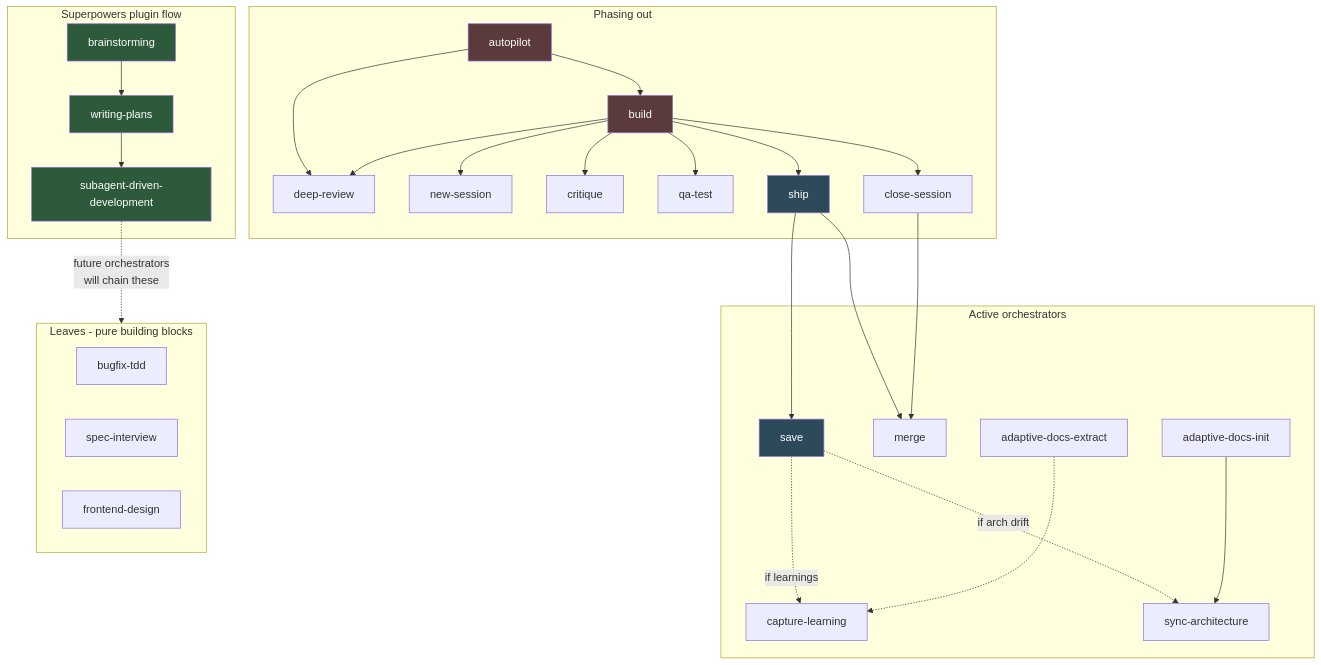
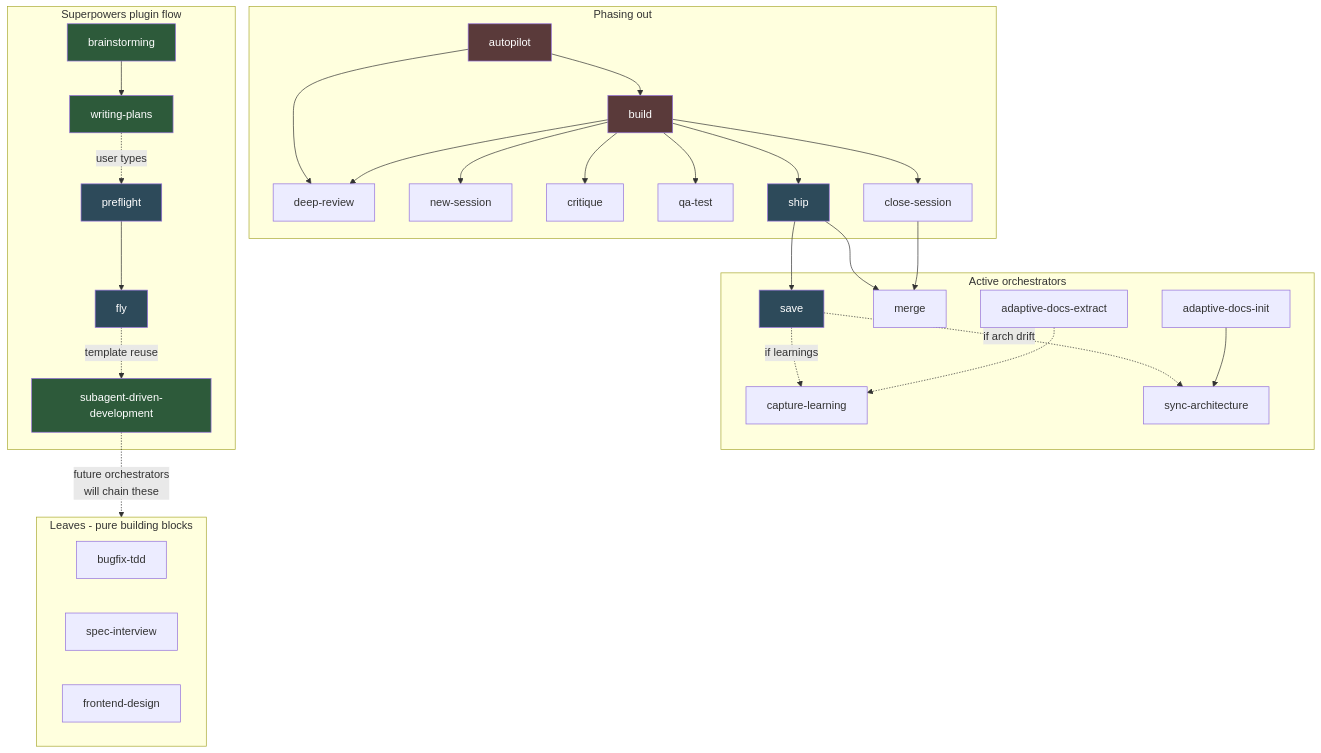
Before and after one commit to divad12/dotfiles: the second of 2 diagrams in SKILLS.md, drawn with Mermaid. The commit also changed other lines of this file, not shown here.

Commit message:
SKILLS.md: add /preflight and /fly to skills layout + invocation graph

````diff
--- a/SKILLS.md
+++ b/SKILLS.md
@@ -93,49 +98,53 @@
 ```mermaid
 graph TD
   subgraph deprecated[Phasing out]
     autopilot --> build
     autopilot --> deep-review
     build --> new-session
     build --> critique
     build --> qa-test
     build --> deep-review
     build --> ship
     build --> close-session
   end
 
   subgraph active[Active orchestrators]
     ship --> save
     ship --> merge
     close-session --> merge
     save -.->|if learnings| capture-learning
     save -.->|if arch drift| sync-architecture
     adaptive-docs-init --> sync-architecture
     adaptive-docs-extract -.-> capture-learning
   end
 
   subgraph superpowers[Superpowers plugin flow]
     brainstorming --> writing-plans
-    writing-plans --> subagent-driven-development
+    writing-plans -.user types.-> preflight
+    preflight --> fly
+    fly -.template reuse.-> subagent-driven-development
   end
 
   subgraph leaves[Leaves - pure building blocks]
     bugfix-tdd
     critique
     deep-review
     merge
     new-session
     qa-test
     spec-interview
     frontend-design
   end
 
   subagent-driven-development -.->|future orchestrators<br/>will chain these| leaves
 
   style build fill:#5a3a3a,color:#fff
   style autopilot fill:#5a3a3a,color:#fff
   style ship fill:#2d4a5a,color:#fff
   style save fill:#2d4a5a,color:#fff
   style brainstorming fill:#2d5a3a,color:#fff
   style writing-plans fill:#2d5a3a,color:#fff
   style subagent-driven-development fill:#2d5a3a,color:#fff
+  style preflight fill:#2d4a5a,color:#fff
+  style fly fill:#2d4a5a,color:#fff
 ```
````
